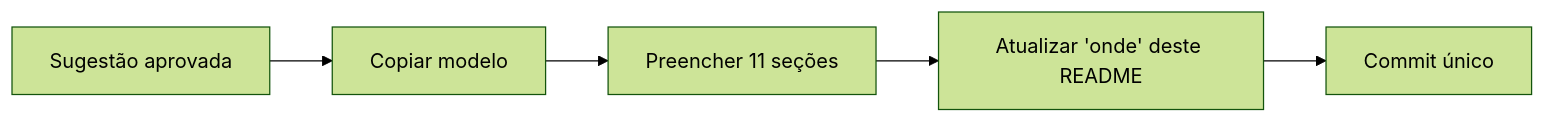
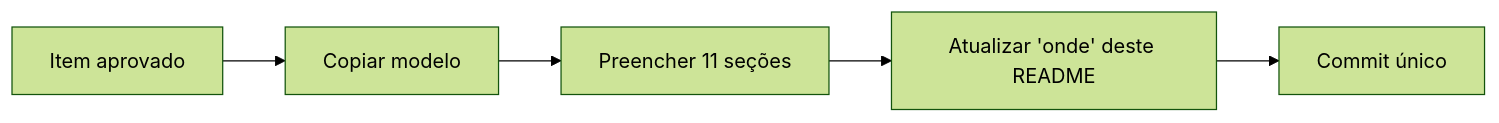
Before and after one commit to TokumoH/RevocastCameras: the diagram in docs/verificacoes/README.md, drawn with Mermaid (forest theme). The commit also changed other lines of this file and 5 other files, not shown here.

````diff
--- a/docs/verificacoes/README.md
+++ b/docs/verificacoes/README.md
@@ -73,7 +74,7 @@
 ```mermaid
 flowchart LR
-    A[Sugestão aprovada] --> B[Copiar modelo]
+    A[Item aprovado] --> B[Copiar modelo]
     B --> C[Preencher 11 seções]
     C --> D[Atualizar 'onde' deste README]
     D --> E[Commit único]
 ```
````
